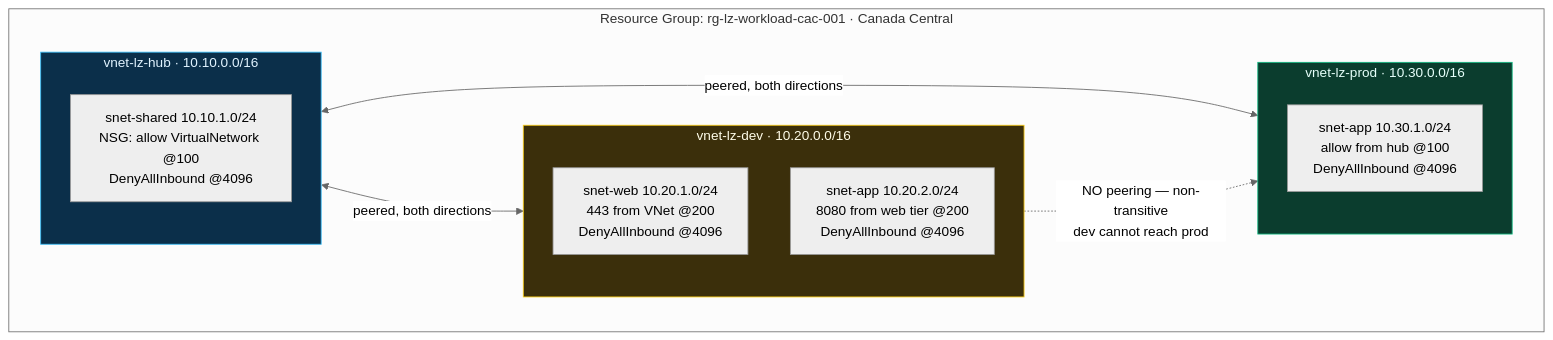
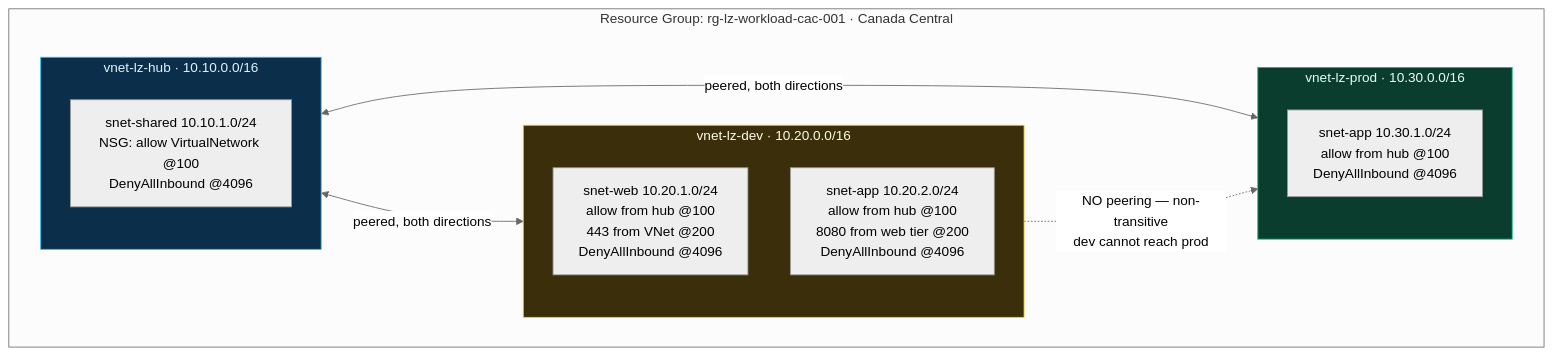
Before and after one commit to mohamedhirey/azure-hub-spoke-landing-zone: the first of 2 diagrams in README.md, drawn with Mermaid (neutral theme). The commit also changed other lines of this file and 3 other files, not shown here.

````diff
--- a/README.md
+++ b/README.md
@@ -37,25 +37,25 @@
 ```mermaid
 graph TB
     subgraph RG["Resource Group: rg-lz-workload-cac-001 · Canada Central"]
         subgraph HUB["vnet-lz-hub · 10.10.0.0/16"]
             HS["snet-shared 10.10.1.0/24<br/>NSG: allow VirtualNetwork @100<br/>DenyAllInbound @4096"]
         end
 
         subgraph DEV["vnet-lz-dev · 10.20.0.0/16"]
-            DW["snet-web 10.20.1.0/24<br/>443 from VNet @200<br/>DenyAllInbound @4096"]
-            DA["snet-app 10.20.2.0/24<br/>8080 from web tier @200<br/>DenyAllInbound @4096"]
+            DW["snet-web 10.20.1.0/24<br/>allow from hub @100<br/>443 from VNet @200<br/>DenyAllInbound @4096"]
+            DA["snet-app 10.20.2.0/24<br/>allow from hub @100<br/>8080 from web tier @200<br/>DenyAllInbound @4096"]
         end
 
         subgraph PROD["vnet-lz-prod · 10.30.0.0/16"]
             PA["snet-app 10.30.1.0/24<br/>allow from hub @100<br/>DenyAllInbound @4096"]
         end
     end
 
     HUB <-->|"peered, both directions"| DEV
     HUB <-->|"peered, both directions"| PROD
     DEV -.->|"NO peering — non-transitive<br/>dev cannot reach prod"| PROD
 
     style PROD fill:#0b3d2e,stroke:#10b981,color:#e6fffa
     style HUB fill:#0b2f4a,stroke:#38bdf8,color:#e0f2fe
     style DEV fill:#3b2f0b,stroke:#facc15,color:#fefce8
 ```
````
